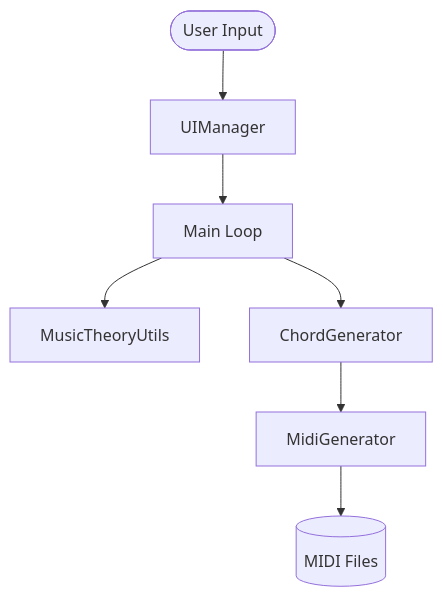
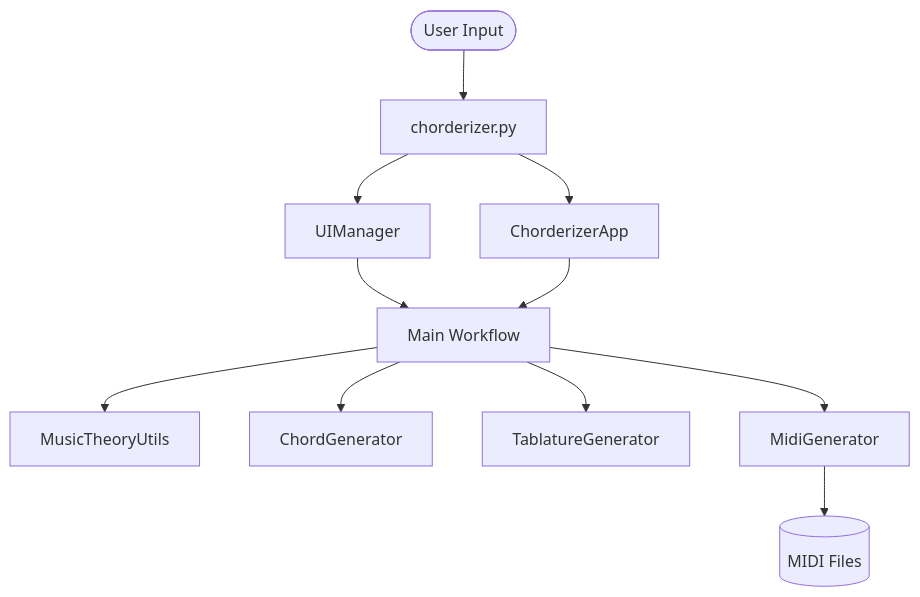
The diagram in Docs/ARCHITECTURE.md (julesklord/Chorderizer), drawn with Mermaid before and after one commit. The commit also changed other lines of this file and 5 other files, not shown here.

Commit message:
docs: add repository maintenance artifacts, update architecture documentation, and implement CI compatibility matrix workflow

````diff
--- a/Docs/ARCHITECTURE.md
+++ b/Docs/ARCHITECTURE.md
@@ -34,9 +40,13 @@
 ```mermaid
 graph TD
-    User([User Input]) --> UI[UIManager]
-    UI --> Controller[Main Loop]
-    Controller --> Theory[MusicTheoryUtils]
-    Controller --> ChordGen[ChordGenerator]
-    ChordGen --> MIDI[MidiGenerator]
-    MIDI --> Filesystem[(MIDI Files)]
+    User([User Input]) --> Entry[chorderizer.py]
+    Entry --> Classic[UIManager]
+    Entry --> TUI[ChorderizerApp]
+    Classic --> Logic[Main Workflow]
+    TUI --> Logic
+    Logic --> Theory[MusicTheoryUtils]
+    Logic --> ChordGen[ChordGenerator]
+    Logic --> TabGen[TablatureGenerator]
+    Logic --> MidiGen[MidiGenerator]
+    MidiGen --> Filesystem[(MIDI Files)]
 ```
````
